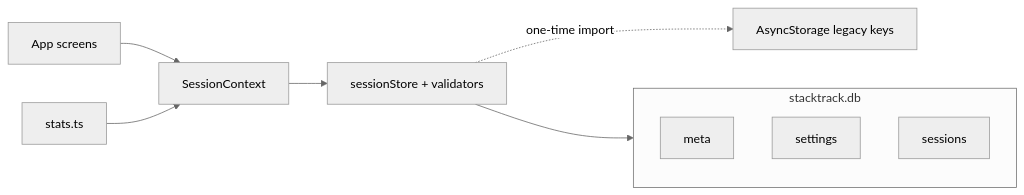
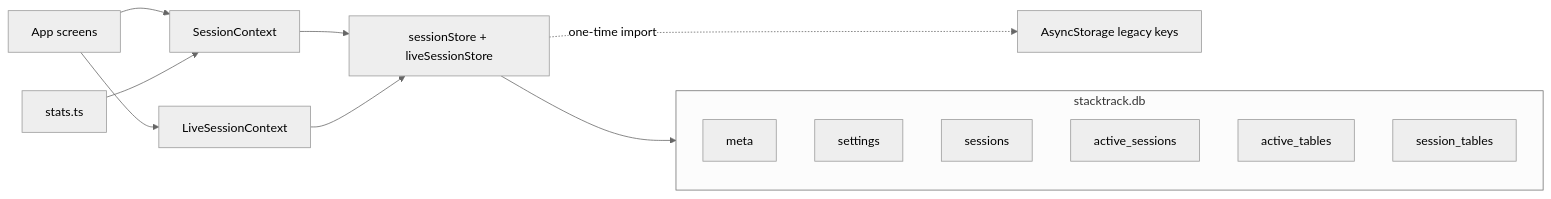
Before and after one commit to Trevor5008/StackTrack: the second of 2 diagrams in docs/schema.md, drawn with Mermaid (neutral theme). The commit also changed other lines of this file and 14 other files, not shown here.

Commit message:
feat: add live session shell w/ pause/resume/end timer Persist in-progress sessions and tables in SQLite and into history Timer-based hours, and a tables overview on session detail README.md updated with current file structure

````diff
--- a/docs/schema.md
+++ b/docs/schema.md
@@ -146,14 +228,19 @@
 ```mermaid
 flowchart LR
   subgraph SQLite["stacktrack.db"]
     Meta[meta]
     SettingsTbl[settings]
     SessionsTbl[sessions]
+    ActiveSessions[active_sessions]
+    ActiveTables[active_tables]
+    SessionTables[session_tables]
   end
 
-  Store["sessionStore + validators"] --> SQLite
+  Store["sessionStore + liveSessionStore"] --> SQLite
   Store -.->|"one-time import"| Legacy[AsyncStorage legacy keys]
-  Context[SessionContext] --> Store
-  Screens[App screens] --> Context
-  Stats[stats.ts] --> Context
+  SessionCtx[SessionContext] --> Store
+  LiveCtx[LiveSessionContext] --> Store
+  Screens[App screens] --> SessionCtx
+  Screens --> LiveCtx
+  Stats[stats.ts] --> SessionCtx
 ```
````
